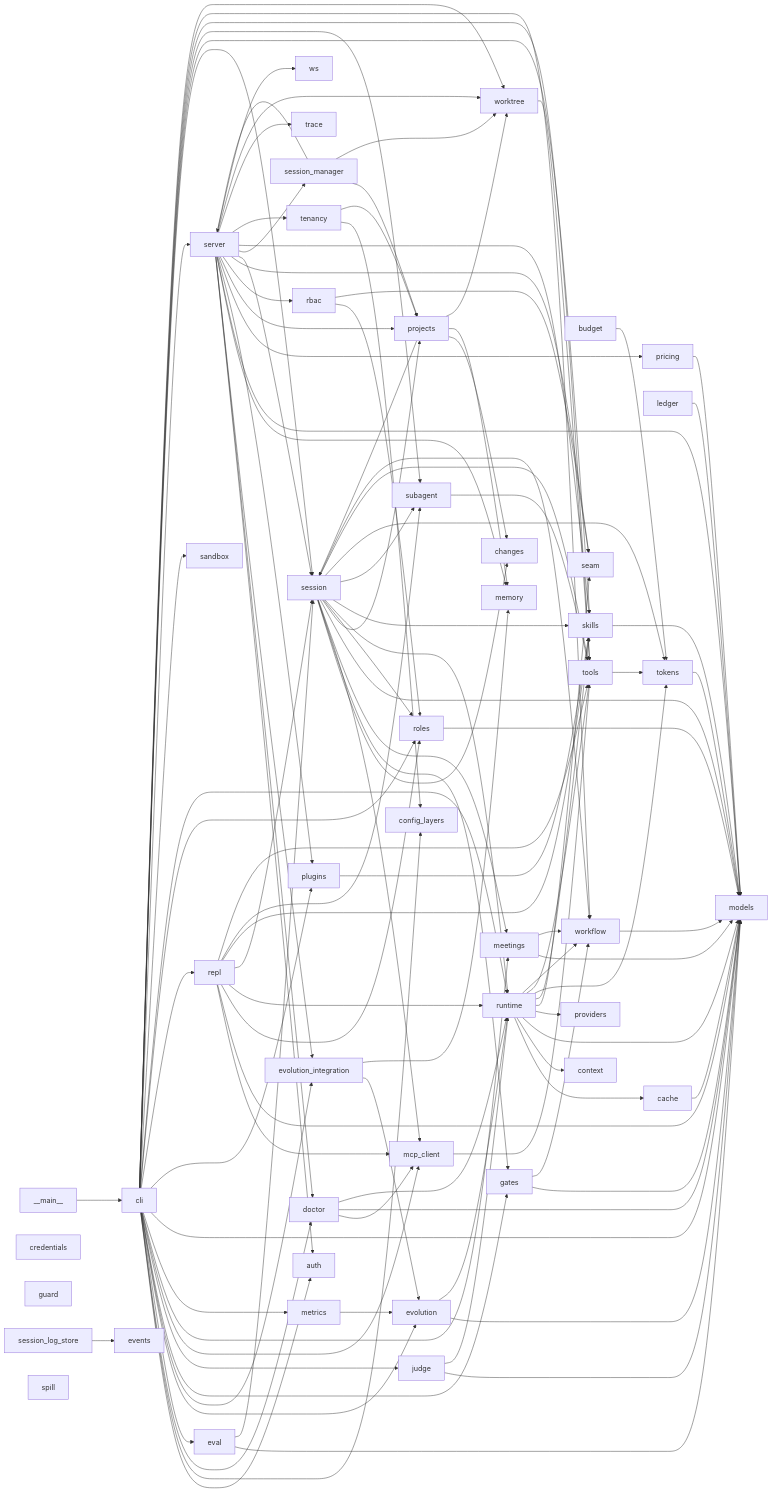
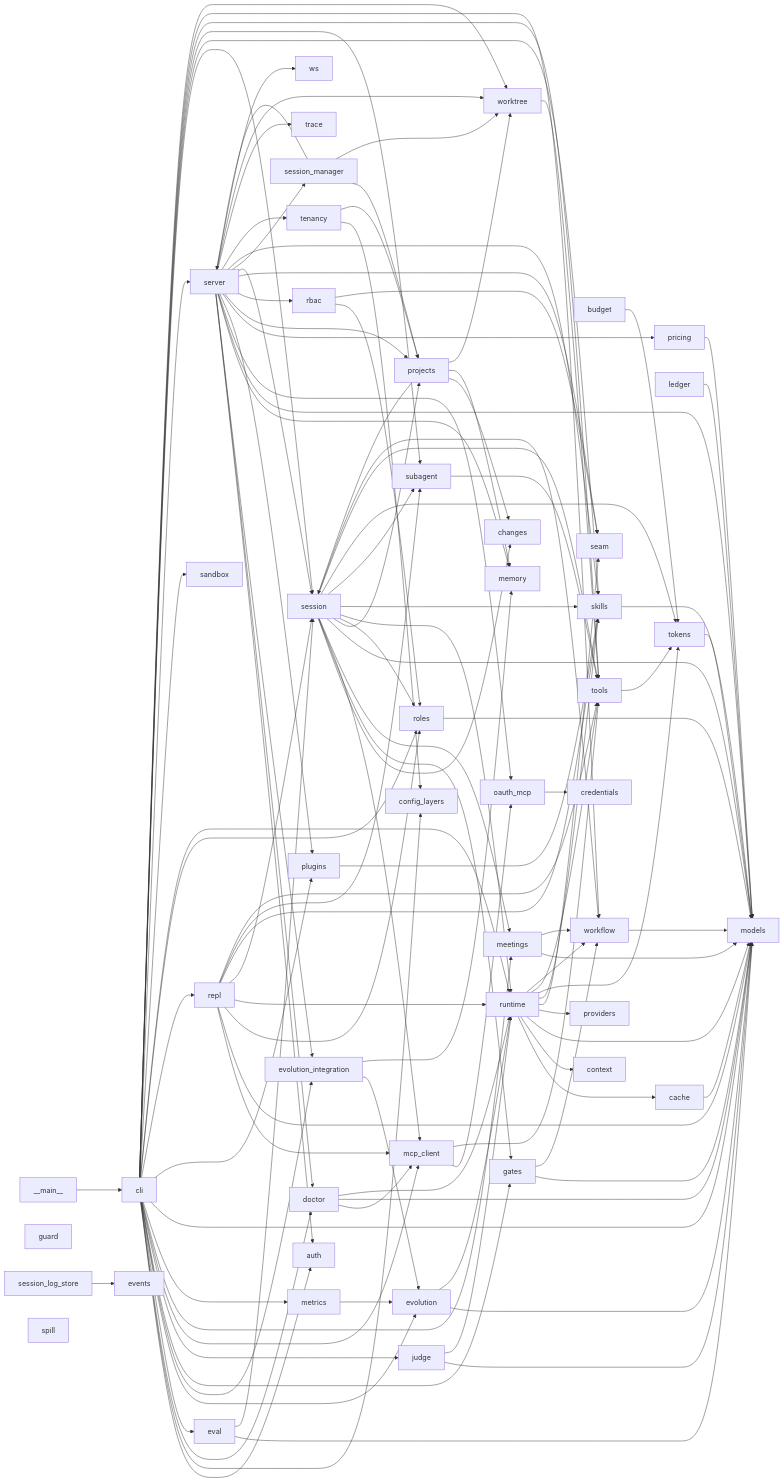
Before and after one commit to Natsummerance/agent-cluster-runtime: the diagram in docs/module-graph.md, drawn with Mermaid. The commit also changed 4 other files, not shown here.

Commit message:
Task 14.14: feat - OAuth MCP (rfc 8844) auth server endpoints + PKCE client flow

```diff
--- a/docs/module-graph.md
+++ b/docs/module-graph.md
@@ -27,6 +27,7 @@
     memory[memory]
     metrics[metrics]
     models[models]
+    oauth_mcp[oauth_mcp]
     plugins[plugins]
     pricing[pricing]
     projects[projects]
@@ -92,10 +93,12 @@
     judge --> models
     judge --> runtime
     ledger --> models
+    mcp_client --> oauth_mcp
     mcp_client --> tools
     meetings --> models
     meetings --> workflow
     metrics --> evolution
+    oauth_mcp --> credentials
     plugins --> skills
     pricing --> models
     projects --> changes
@@ -127,6 +130,7 @@
     server --> evolution_integration
     server --> memory
     server --> models
+    server --> oauth_mcp
     server --> plugins
     server --> pricing
     server --> projects
```
